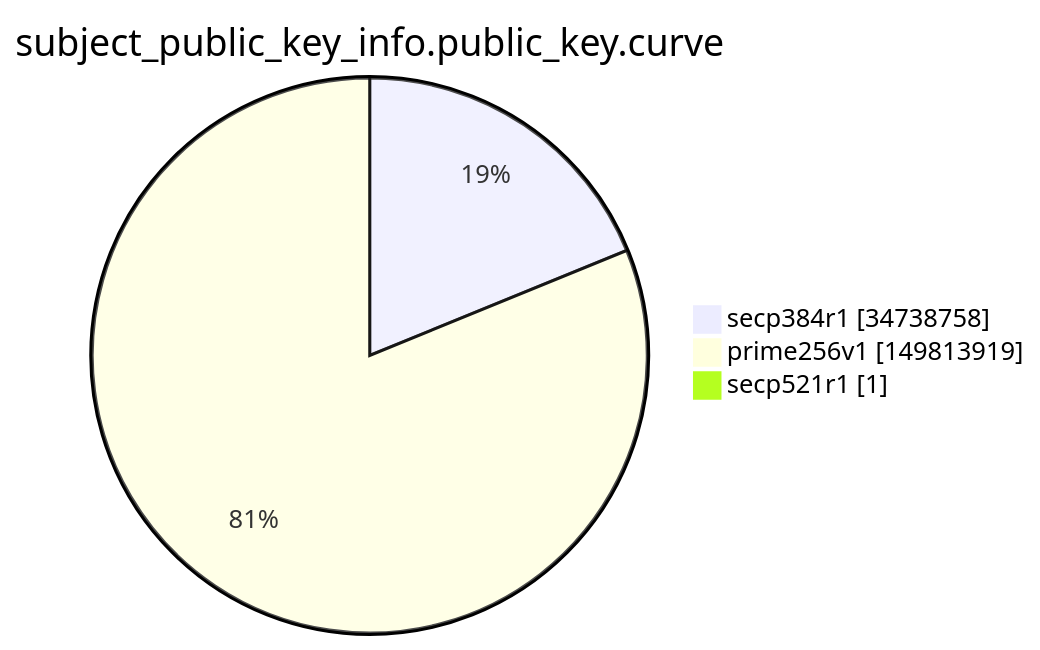
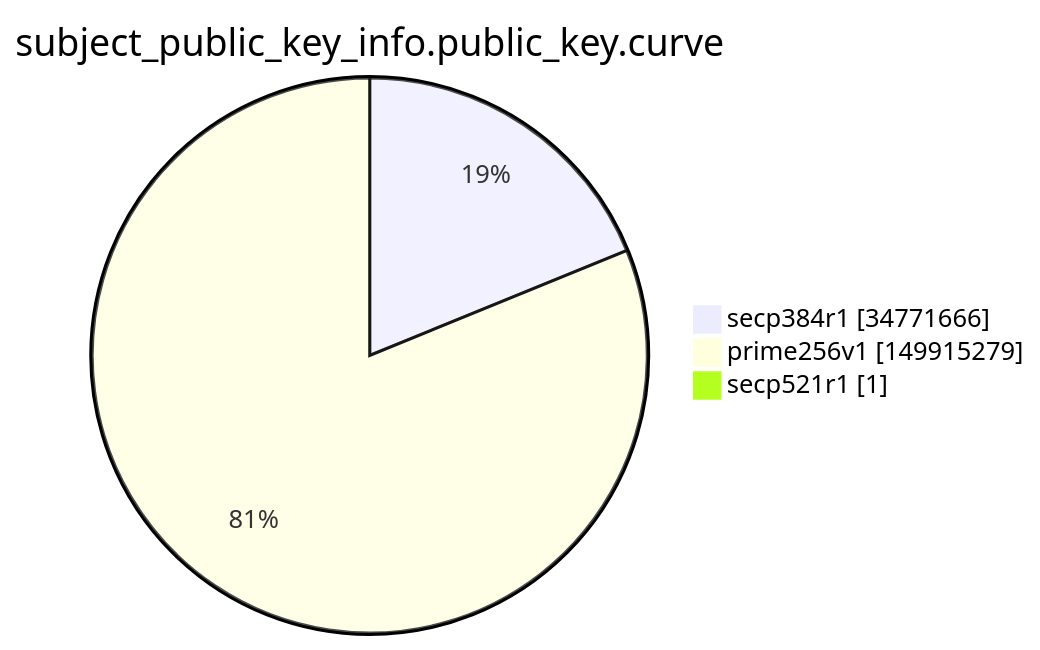
The ninth of 15 diagrams in argon2022/README.md (christiankrug/ctmonitor_visualization), drawn with Mermaid before and after one commit. The commit also changed other lines of this file, not shown here.

````diff
--- a/argon2022/README.md
+++ b/argon2022/README.md
@@ -2765,7 +2765,7 @@
 ```mermaid
 pie showData
 title subject_public_key_info.public_key.curve
-"secp384r1" :34738758
-"prime256v1" :149813919
+"secp384r1" :34771666
+"prime256v1" :149915279
 "secp521r1" :1
 ```
````
